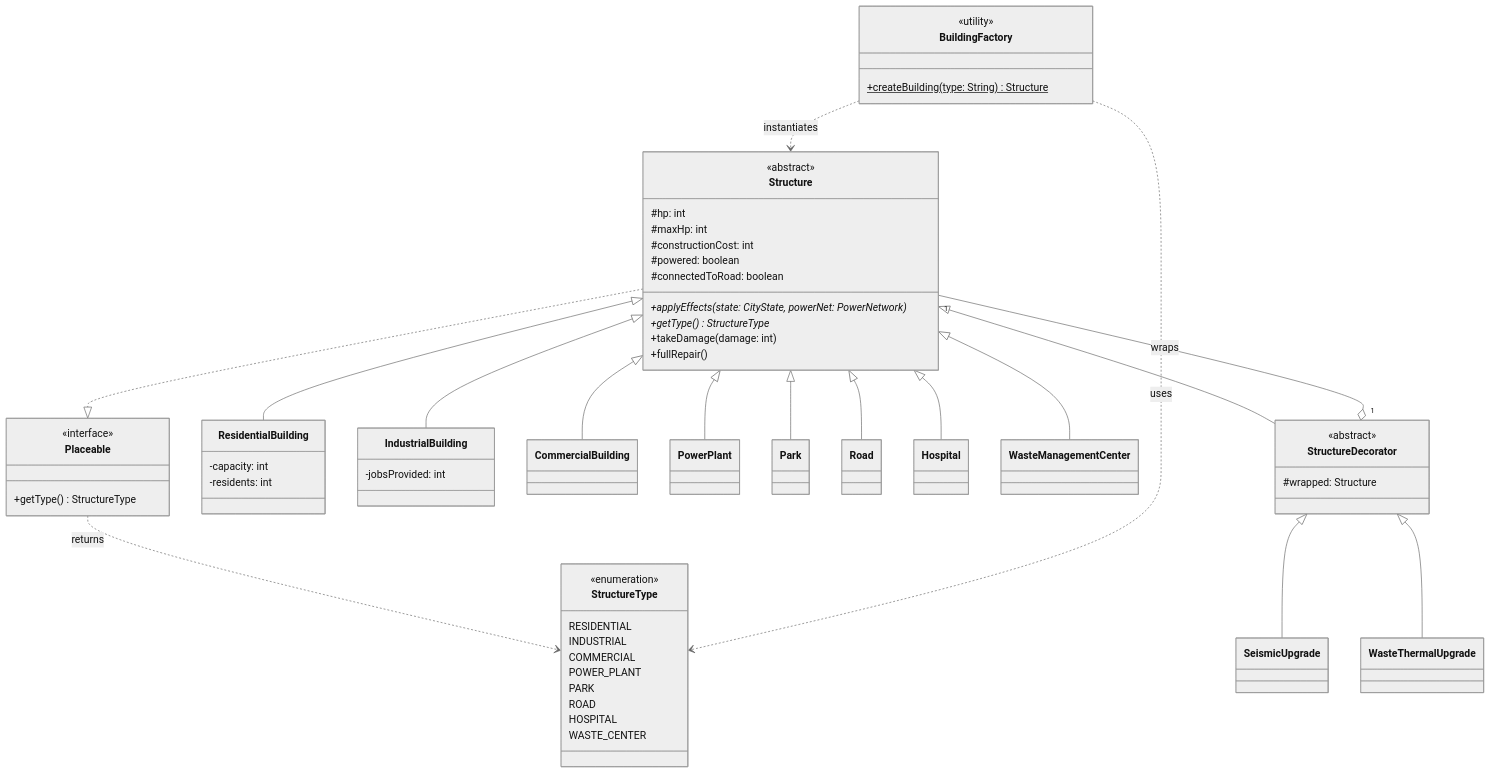
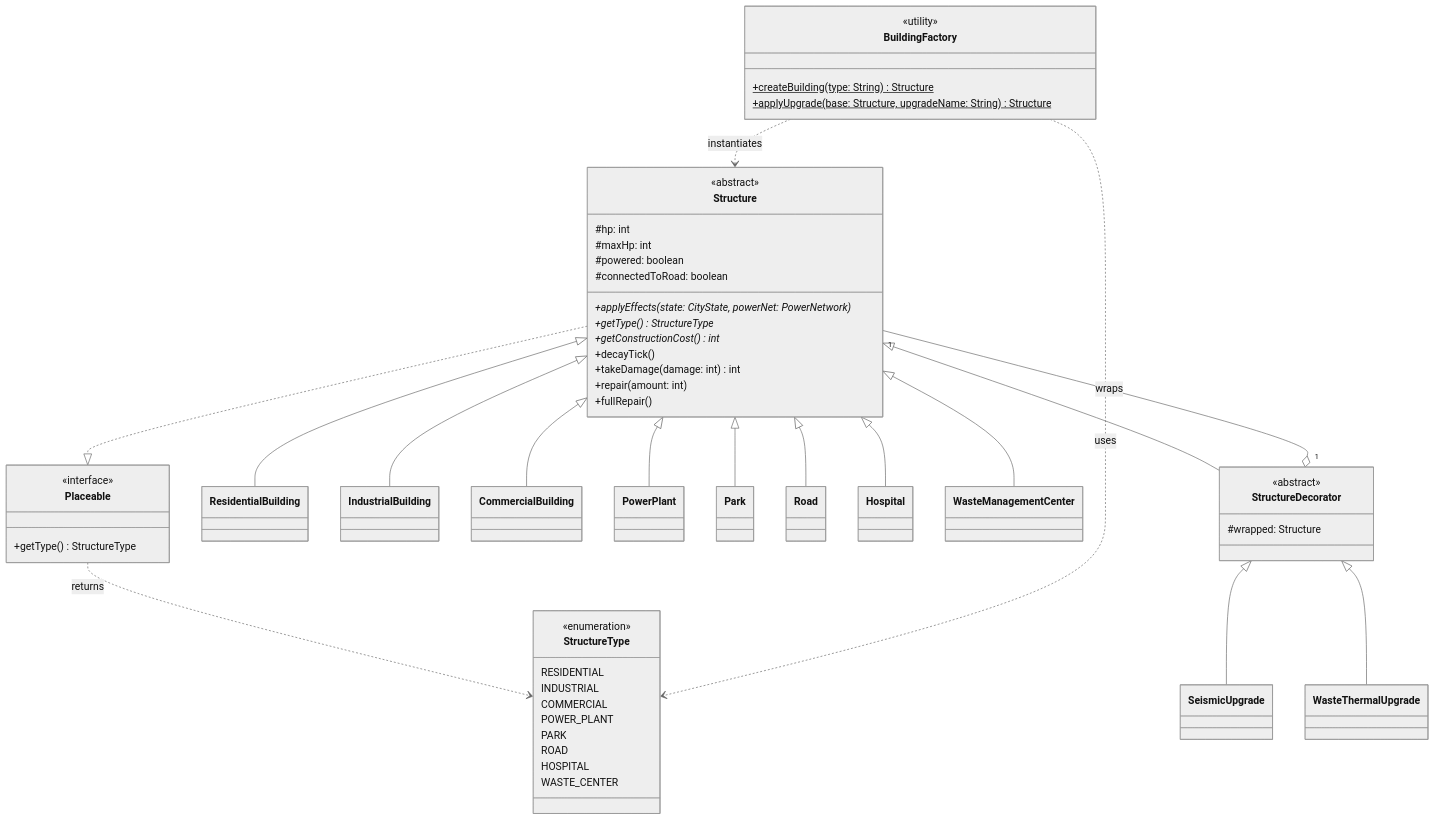
The second of 4 diagrams in docs/diagrams/md/ClassDiagram.md (simonebumstead/city_simulator), drawn with Mermaid (neutral theme) before and after one commit. The commit also changed other lines of this file and 20 other files, not shown here.

````diff
--- a/docs/diagrams/md/ClassDiagram.md
+++ b/docs/diagrams/md/ClassDiagram.md
@@ -124,80 +137,78 @@
 ```mermaid
 classDiagram
     direction TB
 
     class Placeable {
         <<interface>>
         +getType() StructureType
     }
 
     class StructureType {
         <<enumeration>>
         RESIDENTIAL
         INDUSTRIAL
         COMMERCIAL
         POWER_PLANT
         PARK
         ROAD
         HOSPITAL
         WASTE_CENTER
     }
 
     class Structure {
         <<abstract>>
         #hp: int
         #maxHp: int
-        #constructionCost: int
         #powered: boolean
         #connectedToRoad: boolean
         +applyEffects(state: CityState, powerNet: PowerNetwork)*
         +getType() StructureType*
-        +takeDamage(damage: int)
+        +getConstructionCost() int*
+        +decayTick()
+        +takeDamage(damage: int) int
+        +repair(amount: int)
         +fullRepair()
     }
 
-    class ResidentialBuilding {
-        -capacity: int
-        -residents: int
-    }
-    class IndustrialBuilding {
-        -jobsProvided: int
-    }
+    class ResidentialBuilding
+    class IndustrialBuilding
     class CommercialBuilding
     class PowerPlant
     class Park
     class Road
     class Hospital
     class WasteManagementCenter
 
     class StructureDecorator {
         <<abstract>>
         #wrapped: Structure
     }
     class SeismicUpgrade
     class WasteThermalUpgrade
 
     class BuildingFactory {
         <<utility>>
         +createBuilding(type: String)$ Structure
+        +applyUpgrade(base: Structure, upgradeName: String)$ Structure
     }
 
     Structure ..|> Placeable
     
     Structure <|-- ResidentialBuilding
     Structure <|-- IndustrialBuilding
     Structure <|-- CommercialBuilding
     Structure <|-- PowerPlant
     Structure <|-- Park
     Structure <|-- Road
     Structure <|-- Hospital
     Structure <|-- WasteManagementCenter
     
     Structure <|-- StructureDecorator
     StructureDecorator "1" o-- "1" Structure : wraps
     StructureDecorator <|-- SeismicUpgrade
     StructureDecorator <|-- WasteThermalUpgrade
 
     BuildingFactory ..> Structure : instantiates
     Placeable ..> StructureType : returns
     BuildingFactory ..> StructureType : uses
 ```
````
